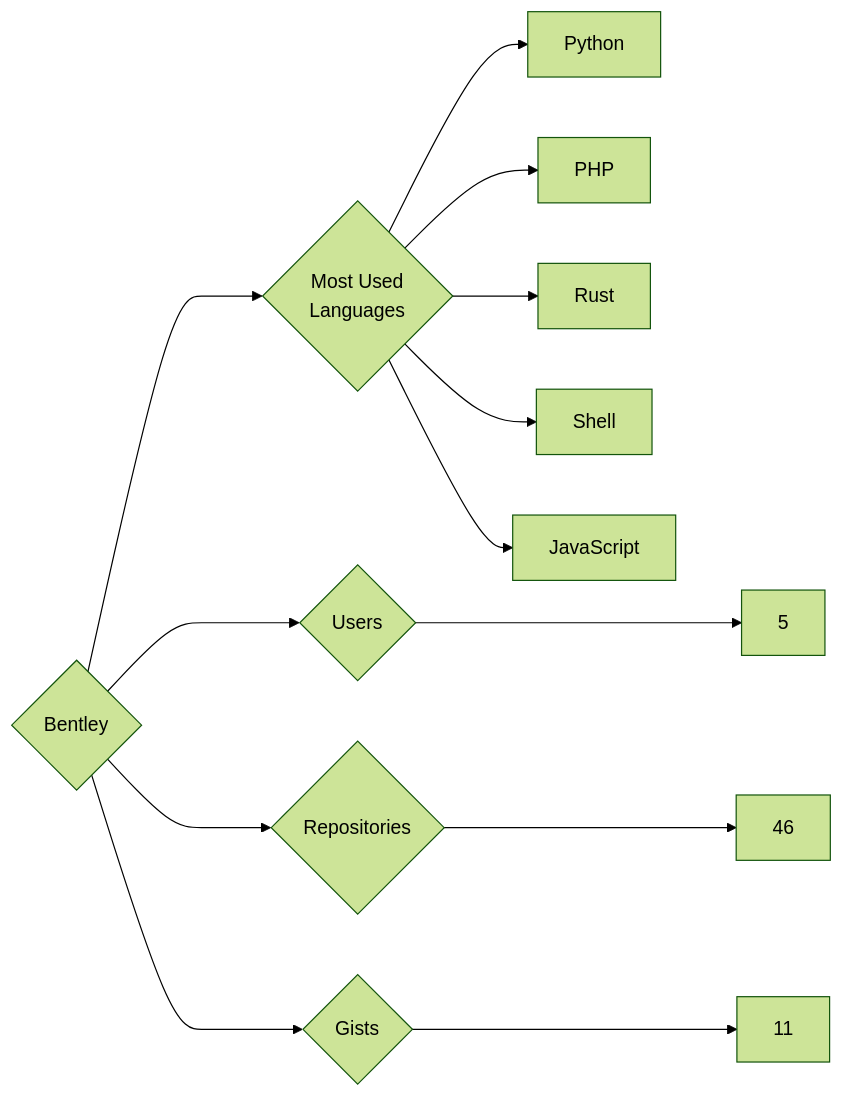
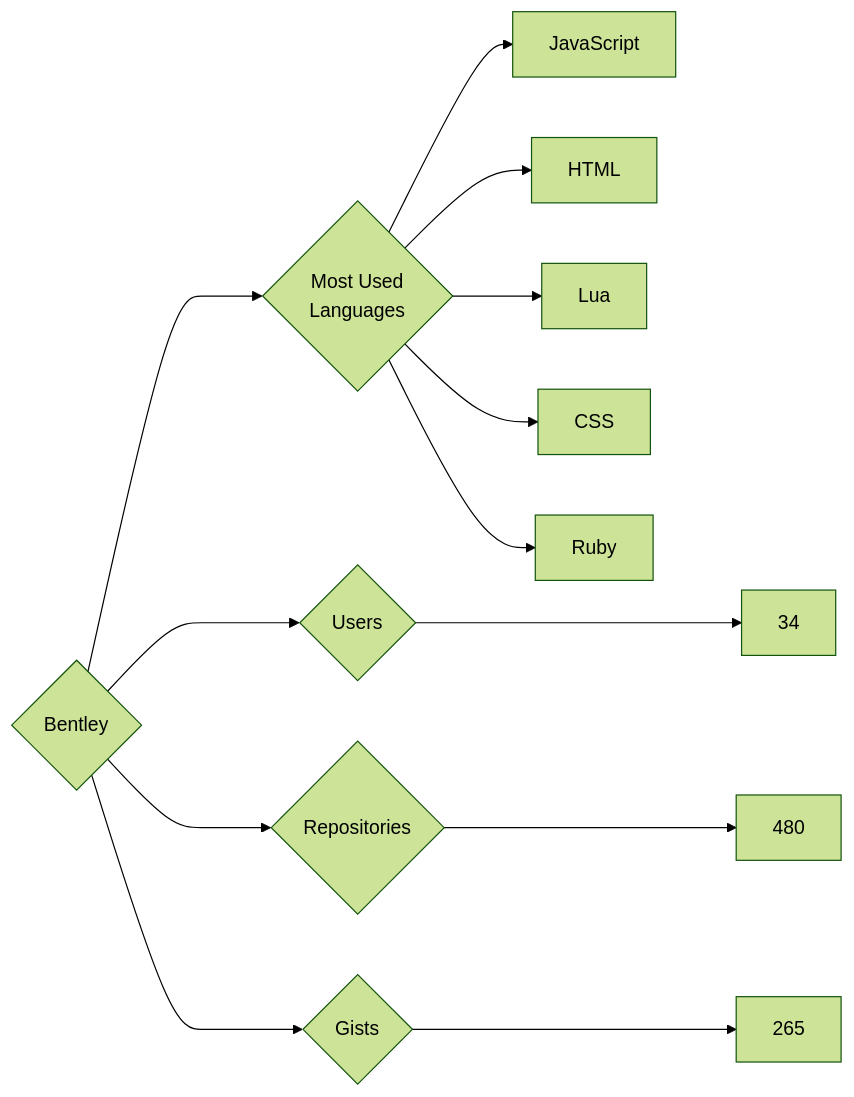
The diagram in targets/Bentley/README.md (trickest/insiders), drawn with Mermaid (forest theme) before and after one commit. The commit also changed 934 other files, not shown here.

````diff
--- a/targets/Bentley/README.md
+++ b/targets/Bentley/README.md
@@ -3,13 +3,13 @@
 ```mermaid
 graph LR
 COMPANY_NAME{Bentley}
-COMPANY_NAME ---> U{Users} ---> UN[5]
-COMPANY_NAME ---> R{Repositories} ---> RN[46]
-COMPANY_NAME ---> G{Gists} ---> GN[11]
+COMPANY_NAME ---> U{Users} ---> UN[34]
+COMPANY_NAME ---> R{Repositories} ---> RN[480]
+COMPANY_NAME ---> G{Gists} ---> GN[265]
 COMPANY_NAME ---> ML{Most Used<br>Languages}
-ML --> Python[Python]
-ML --> PHP[PHP]
-ML --> Rust[Rust]
-ML --> Shell[Shell]
 ML --> JavaScript[JavaScript]
+ML --> HTML[HTML]
+ML --> Lua[Lua]
+ML --> CSS[CSS]
+ML --> Ruby[Ruby]
 ```
````
